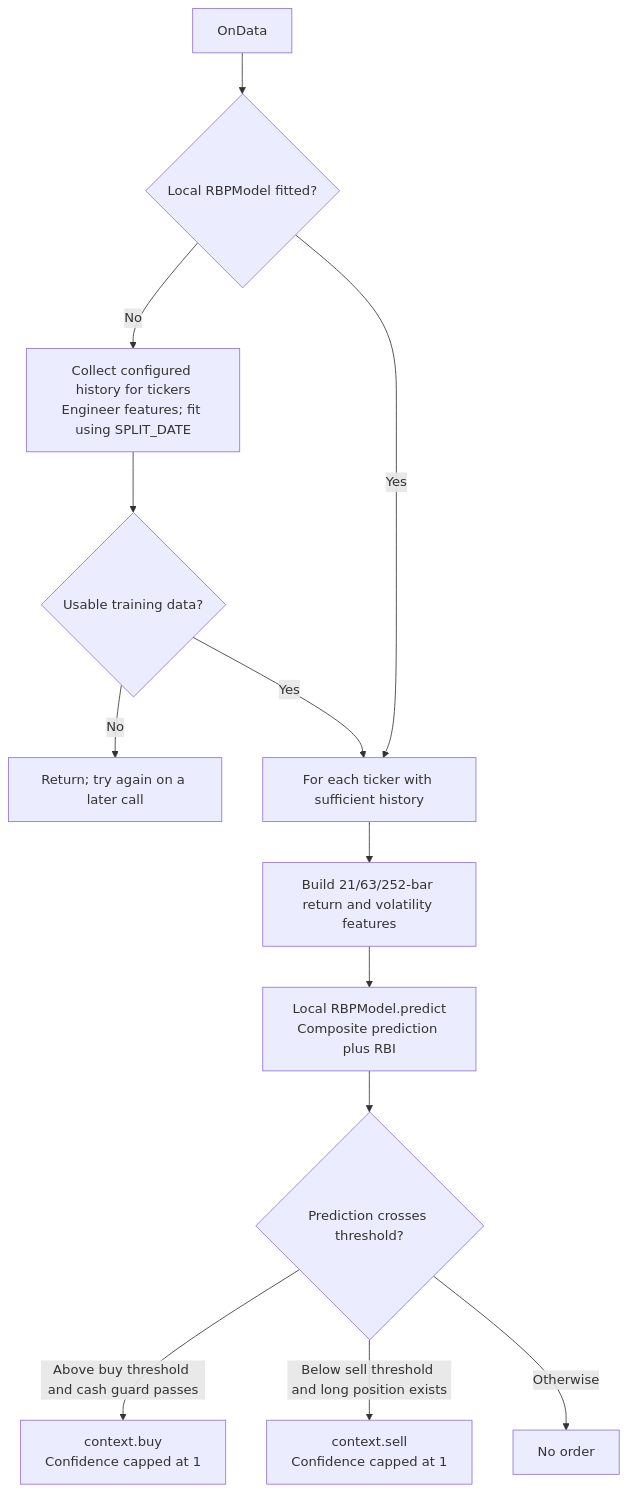
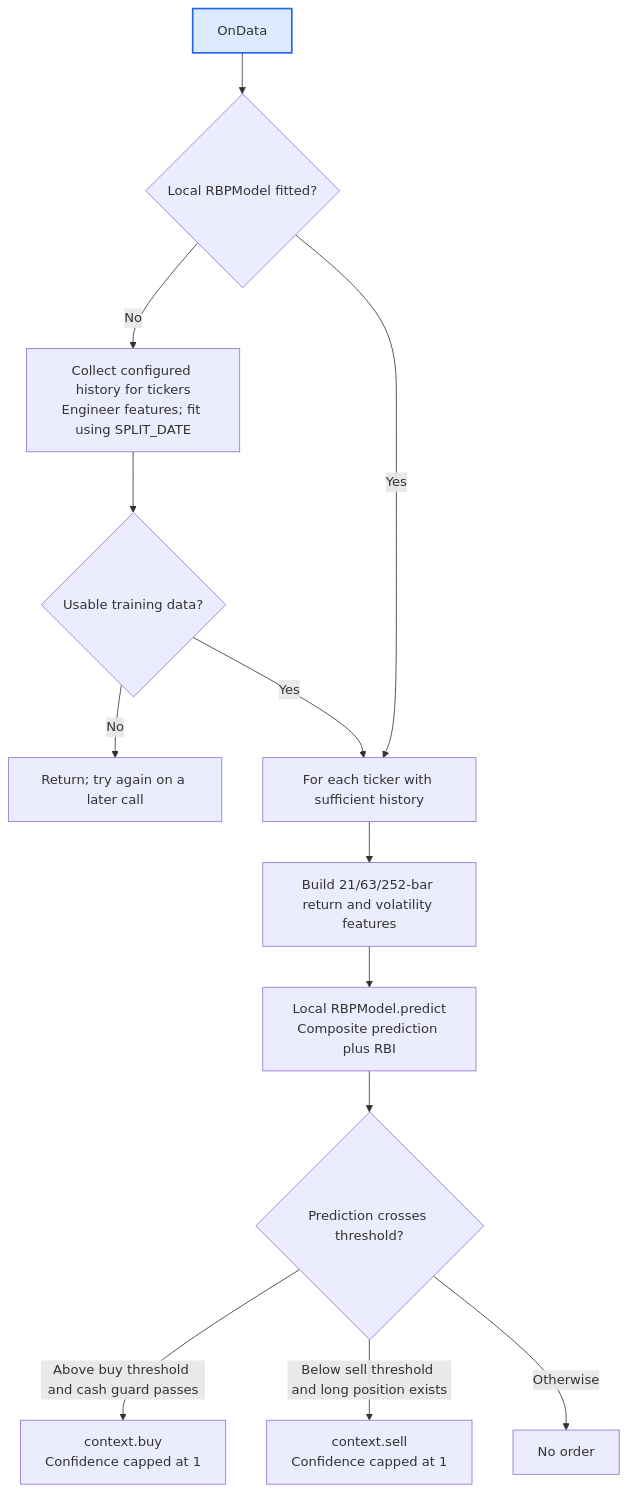
Before and after one commit to MUNQuantSociety/MQSMaster: the third of 4 diagrams in src/portfolios/README.md, drawn with Mermaid. The commit also changed other lines of this file and 12 other files, not shown here.

Commit message:
docs: make workflow diagrams top-down hierarchies

````diff
--- a/src/portfolios/README.md
+++ b/src/portfolios/README.md
@@ -108,15 +102,16 @@
 ```mermaid
 flowchart TD
     DATA["OnData"] --> FIT{"Local RBPModel fitted?"}
     FIT -->|No| HIST["Collect configured history for tickers<br/>Engineer features; fit using SPLIT_DATE"]
     HIST --> AVAILABLE{"Usable training data?"}
     AVAILABLE -->|No| RETURN["Return; try again on a later call"]
     AVAILABLE -->|Yes| TICKER["For each ticker with sufficient history"]
     FIT -->|Yes| TICKER
     TICKER --> FEATURES["Build 21/63/252-bar return and volatility features"]
     FEATURES --> PRED["Local RBPModel.predict<br/>Composite prediction plus RBI"]
     PRED --> DECIDE{"Prediction crosses threshold?"}
     DECIDE -->|"Above buy threshold and cash guard passes"| BUY["context.buy<br/>Confidence capped at 1"]
     DECIDE -->|"Below sell threshold and long position exists"| SELL["context.sell<br/>Confidence capped at 1"]
     DECIDE -->|Otherwise| HOLD["No order"]
+    style DATA fill:#dbeafe,stroke:#2563eb,stroke-width:2px
 ```
````
